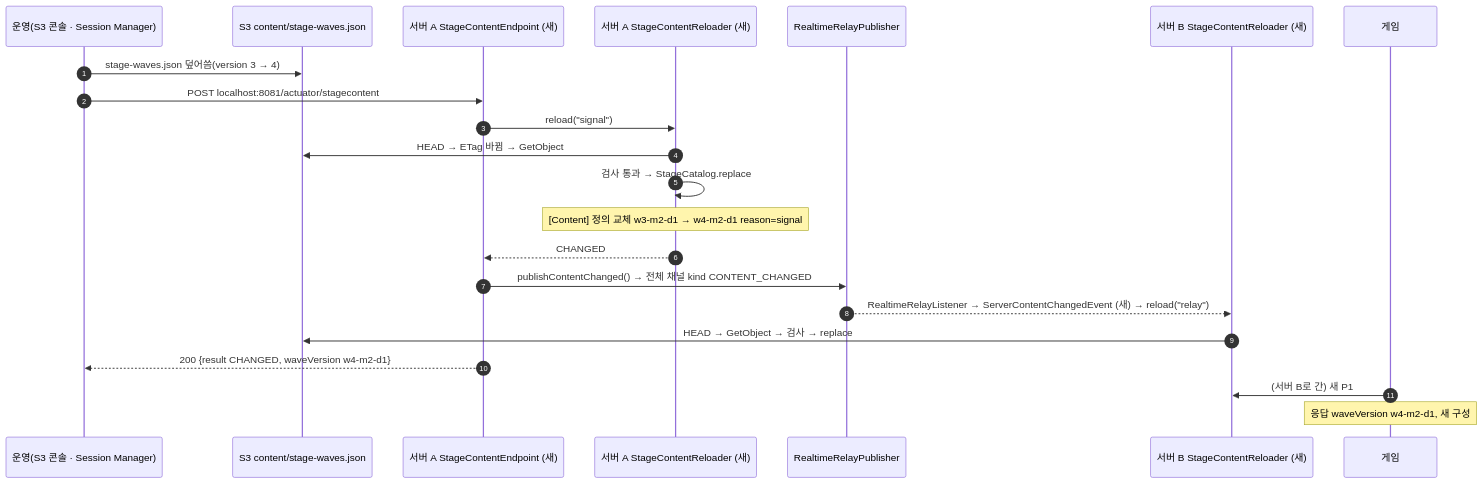
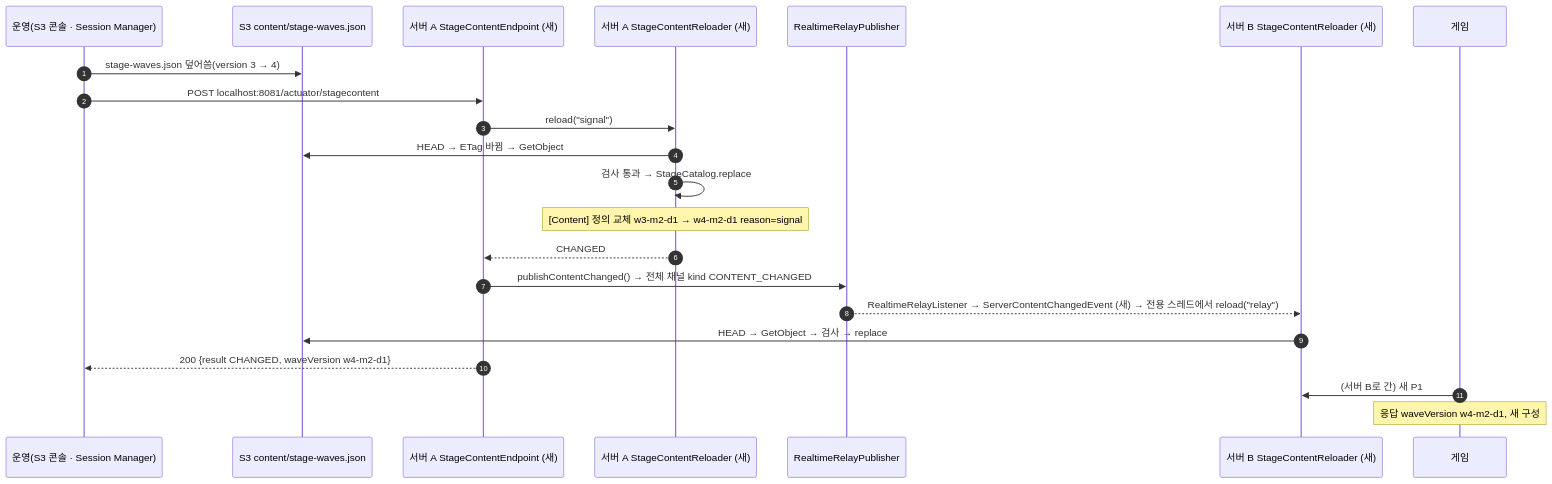
One commit to NBCGameServerCamp09Team01/PW01 changed the seventh of 13 diagrams in docs/flows/server-wave.md. Above: the diagram before and after it, drawn with Mermaid. The commit also changed 2 other files, not shown here.

Commit message:
docs: 서버끼리 알림 CONTENT_CHANGED(redis-keys v1.9)
- redis-keys v1.9: 실시간 서버 사이 전달 kind에 CONTENT_CHANGED(전체 채널, 게임에 안 감, 옛 서버는 버림)
- realtime-relay.md ⑥: 웨이브 정의 바뀜 알림 흐름(받는 쪽은 전용 스레드에서 다시 읽음)
- server-wave.md ⑥-2: 다른 서버의 다시 읽기가 전용 스레드라는 한 줄

````diff
--- a/docs/flows/server-wave.md
+++ b/docs/flows/server-wave.md
@@ -190,25 +190,25 @@
 ```mermaid
 sequenceDiagram
   autonumber
   participant OP as 운영(S3 콘솔 · Session Manager)
   participant S3 as S3 content/stage-waves.json
   participant EP1 as 서버 A StageContentEndpoint (새)
   participant RL1 as 서버 A StageContentReloader (새)
   participant PUB as RealtimeRelayPublisher
   participant RL2 as 서버 B StageContentReloader (새)
   participant G as 게임
 
   OP->>S3: stage-waves.json 덮어씀(version 3 → 4)
   OP->>EP1: POST localhost:8081/actuator/stagecontent
   EP1->>RL1: reload("signal")
   RL1->>S3: HEAD → ETag 바뀜 → GetObject
   RL1->>RL1: 검사 통과 → StageCatalog.replace
   Note over RL1: [Content] 정의 교체 w3-m2-d1 → w4-m2-d1 reason=signal
   RL1-->>EP1: CHANGED
   EP1->>PUB: publishContentChanged() → 전체 채널 kind CONTENT_CHANGED
-  PUB-->>RL2: RealtimeRelayListener → ServerContentChangedEvent (새) → reload("relay")
+  PUB-->>RL2: RealtimeRelayListener → ServerContentChangedEvent (새) → 전용 스레드에서 reload("relay")
   RL2->>S3: HEAD → GetObject → 검사 → replace
   EP1-->>OP: 200 {result CHANGED, waveVersion w4-m2-d1}
   G->>RL2: (서버 B로 간) 새 P1
   Note over G: 응답 waveVersion w4-m2-d1, 새 구성
 ```
````
